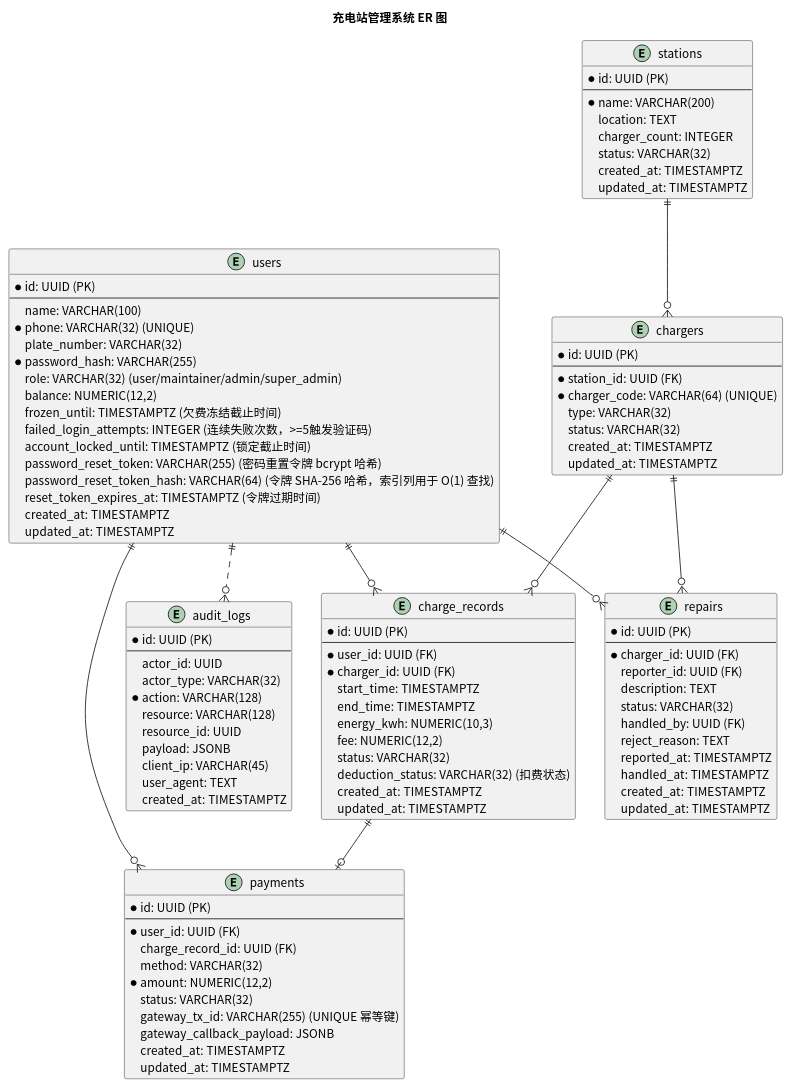
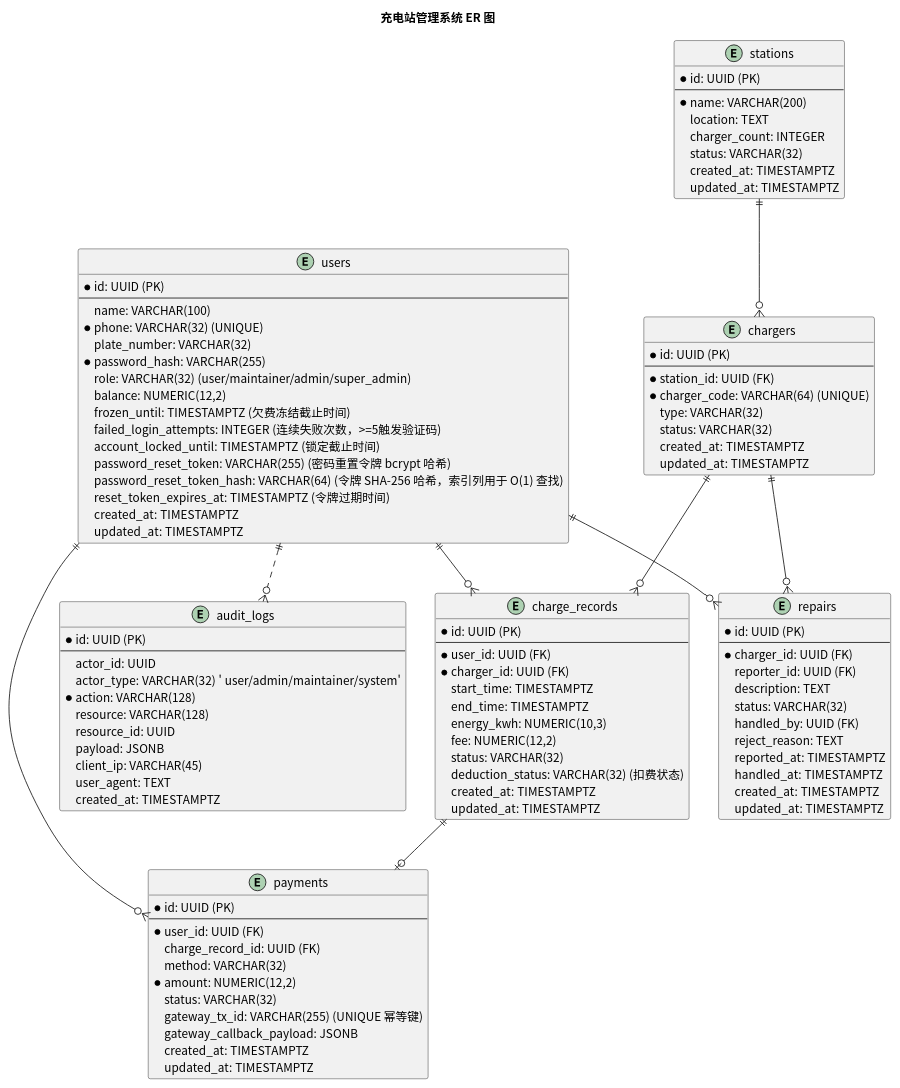
Before and after one commit to greenhandzdl/charging-station-doc: the diagram in usecase/docs/database/src/er_diagram.puml, drawn with PlantUML. The commit also changed 27 other files, not shown here.

```diff
--- a/usecase/docs/database/src/er_diagram.puml
+++ b/usecase/docs/database/src/er_diagram.puml
@@ -1,113 +1,113 @@
 @startuml
 skinparam defaultFontName "Noto Sans CJK SC"
 skinparam defaultFontSize 14
 title 充电站管理系统 ER 图
 
 entity users {
   *id: UUID (PK)
   --
   name: VARCHAR(100)
   *phone: VARCHAR(32) (UNIQUE)
   plate_number: VARCHAR(32)
   *password_hash: VARCHAR(255)
   role: VARCHAR(32) (user/maintainer/admin/super_admin)
   balance: NUMERIC(12,2)
   frozen_until: TIMESTAMPTZ (欠费冻结截止时间)
   failed_login_attempts: INTEGER (连续失败次数，>=5触发验证码)
   account_locked_until: TIMESTAMPTZ (锁定截止时间)
   password_reset_token: VARCHAR(255) (密码重置令牌 bcrypt 哈希)
   password_reset_token_hash: VARCHAR(64) (令牌 SHA-256 哈希，索引列用于 O(1) 查找)
   reset_token_expires_at: TIMESTAMPTZ (令牌过期时间)
   created_at: TIMESTAMPTZ
   updated_at: TIMESTAMPTZ
 }
 
 entity stations {
   *id: UUID (PK)
   --
   *name: VARCHAR(200)
   location: TEXT
   charger_count: INTEGER
   status: VARCHAR(32)
   created_at: TIMESTAMPTZ
   updated_at: TIMESTAMPTZ
 }
 
 entity chargers {
   *id: UUID (PK)
   --
   *station_id: UUID (FK)
   *charger_code: VARCHAR(64) (UNIQUE)
   type: VARCHAR(32)
   status: VARCHAR(32)
   created_at: TIMESTAMPTZ
   updated_at: TIMESTAMPTZ
 }
 
 entity charge_records {
   *id: UUID (PK)
   --
   *user_id: UUID (FK)
   *charger_id: UUID (FK)
   start_time: TIMESTAMPTZ
   end_time: TIMESTAMPTZ
   energy_kwh: NUMERIC(10,3)
   fee: NUMERIC(12,2)
   status: VARCHAR(32)
   deduction_status: VARCHAR(32) (扣费状态)
   created_at: TIMESTAMPTZ
   updated_at: TIMESTAMPTZ
 }
 
 entity payments {
   *id: UUID (PK)
   --
   *user_id: UUID (FK)
   charge_record_id: UUID (FK)
   method: VARCHAR(32)
   *amount: NUMERIC(12,2)
   status: VARCHAR(32)
   gateway_tx_id: VARCHAR(255) (UNIQUE 幂等键)
   gateway_callback_payload: JSONB
   created_at: TIMESTAMPTZ
   updated_at: TIMESTAMPTZ
 }
 
 entity repairs {
   *id: UUID (PK)
   --
   *charger_id: UUID (FK)
   reporter_id: UUID (FK)
   description: TEXT
   status: VARCHAR(32)
   handled_by: UUID (FK)
   reject_reason: TEXT
   reported_at: TIMESTAMPTZ
   handled_at: TIMESTAMPTZ
   created_at: TIMESTAMPTZ
   updated_at: TIMESTAMPTZ
 }
 
 entity audit_logs {
   *id: UUID (PK)
   --
   actor_id: UUID
-  actor_type: VARCHAR(32)
+  actor_type: VARCHAR(32)  ' user/admin/maintainer/system'
   *action: VARCHAR(128)
   resource: VARCHAR(128)
   resource_id: UUID
   payload: JSONB
   client_ip: VARCHAR(45)
   user_agent: TEXT
   created_at: TIMESTAMPTZ
 }
 
 stations ||--o{ chargers
 users ||--o{ charge_records
 chargers ||--o{ charge_records
 users ||--o{ payments
 charge_records ||--o| payments
 users ||--o{ repairs
 chargers ||--o{ repairs
 users ||..o{ audit_logs
 @enduml
```
